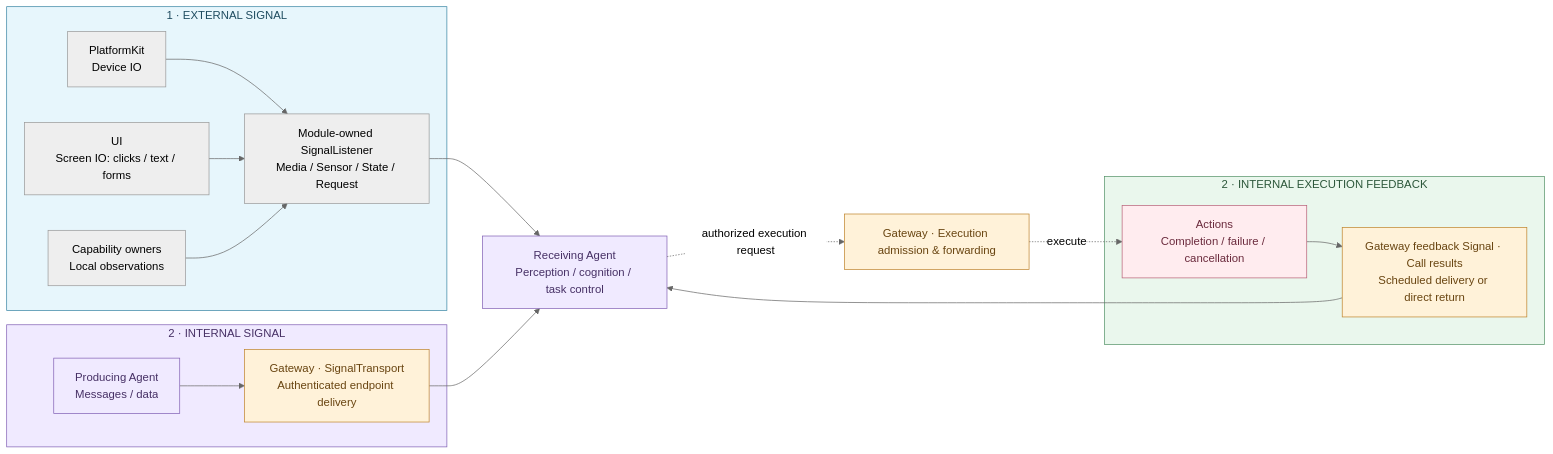
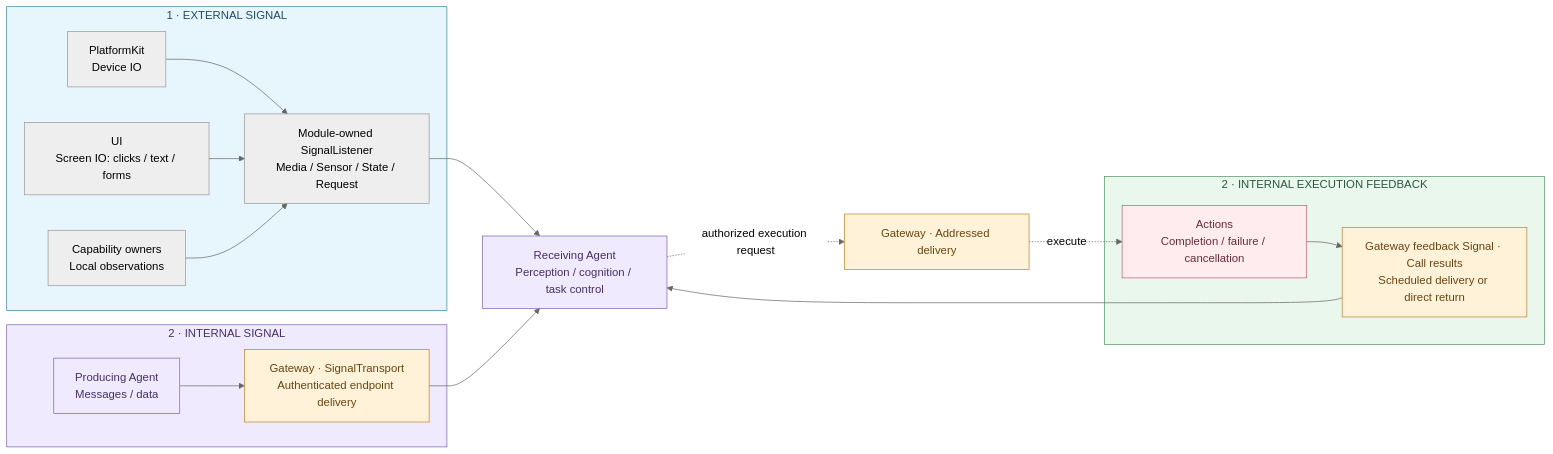
Before and after one commit to devilyouwei/MobileHarness: the fifth of 29 diagrams in MobileHarness/README.md, drawn with Mermaid (neutral theme). The commit also changed other lines of this file and 97 other files, not shown here.

````diff
--- a/MobileHarness/README.md
+++ b/MobileHarness/README.md
@@ -396,28 +395,28 @@
 ```mermaid
 flowchart LR
     subgraph External["1 · EXTERNAL SIGNAL"]
         P["PlatformKit<br/>Device IO"] --> D["Module-owned SignalListener<br/>Media / Sensor / State / Request"]
         U["UI<br/>Screen IO: clicks / text / forms"] --> D
         O["Capability owners<br/>Local observations"] --> D
     end
     subgraph Internal["2 · INTERNAL SIGNAL"]
         Peer["Producing Agent<br/>Messages / data"] --> T["Gateway · SignalTransport<br/>Authenticated endpoint delivery"]
     end
     subgraph Feedback["2 · INTERNAL EXECUTION FEEDBACK"]
         X["Actions<br/>Completion / failure / cancellation"] --> R["Gateway feedback Signal · Call results<br/>Scheduled delivery or direct return"]
     end
     D --> A["Receiving Agent<br/>Perception / cognition / task control"]
     T --> A
     R --> A
-    A -.->|"authorized execution request"| E["Gateway · Execution admission &amp; forwarding"]
+    A -.->|"authorized execution request"| E["Gateway · Addressed delivery"]
     E -.->|"execute"| X
     style External fill:#e7f6fc,stroke:#3985a4,color:#1f4c60
     style Internal fill:#f0eaff,stroke:#8261b5,color:#463065
     style Feedback fill:#eaf7ed,stroke:#56936a,color:#2c573a
     classDef agent fill:#f0eaff,stroke:#8261b5,color:#463065
     classDef gateway fill:#fff2d9,stroke:#bf842c,color:#694511
     classDef action fill:#ffecef,stroke:#b86178,color:#6b2b3d
     class A,Peer agent
     class T,R,E gateway
     class X action
 ```
````
